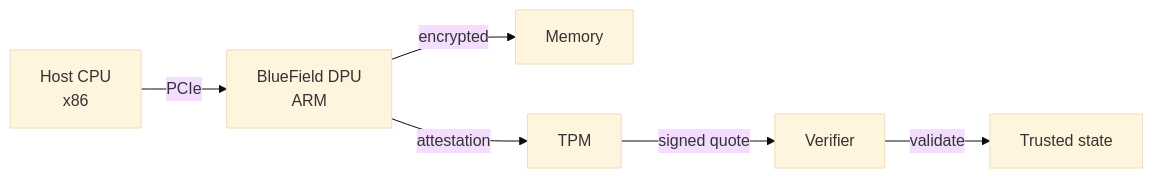
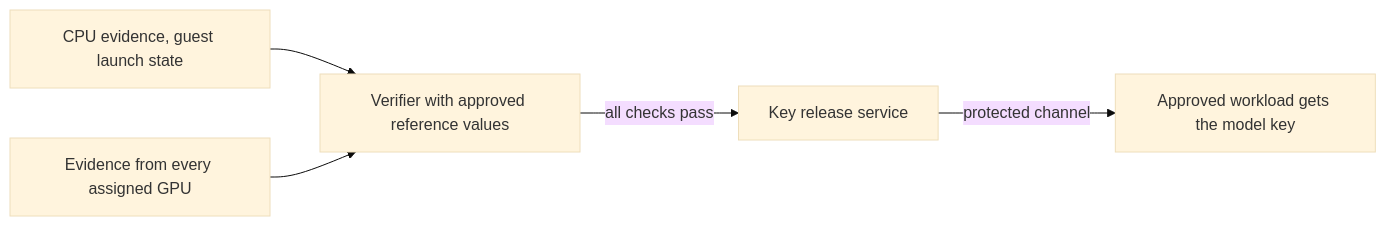
One commit to jithinpnjm/ai-infra-handbook changed the diagram in docs/part-18-security/06-bluefield-doca-and-confidential-computing.md. Above: the diagram before and after it, drawn with Mermaid (base theme). The commit also changed other lines of this file and 6 other files, not shown here.

````diff
--- a/docs/part-18-security/06-bluefield-doca-and-confidential-computing.md
+++ b/docs/part-18-security/06-bluefield-doca-and-confidential-computing.md
@@ -122,8 +102,7 @@
 ```mermaid
 flowchart LR
-    Host[Host CPU<br/>x86] -->|PCIe| BF[BlueField DPU<br/>ARM]
-    BF -->|encrypted| Mem[Memory]
-    BF -->|attestation| TPM[TPM]
-    TPM -->|signed quote| Verifier[Verifier]
-    Verifier -->|validate| Trust[Trusted state]
+    CPU[CPU evidence, guest launch state] --> V[Verifier with approved reference values]
+    GPU[Evidence from every assigned GPU] --> V
+    V -->|all checks pass| KBS[Key release service]
+    KBS -->|protected channel| W[Approved workload gets the model key]
 ```
````
